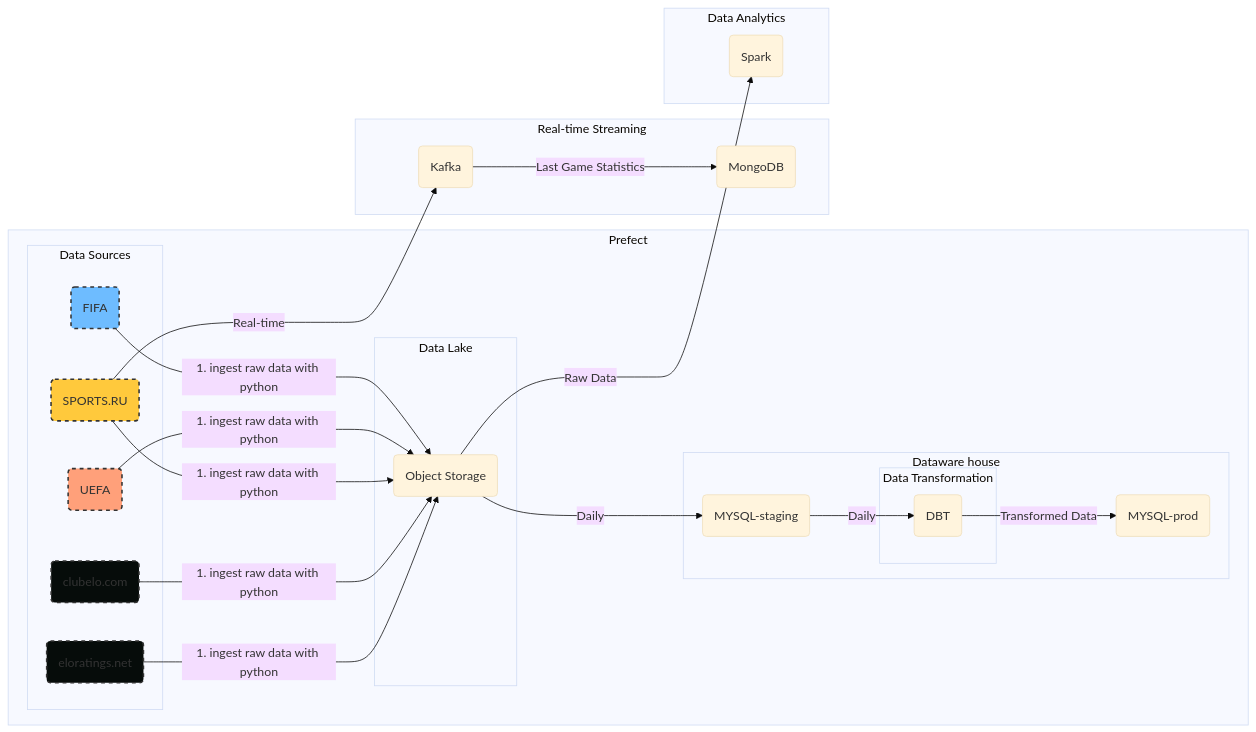
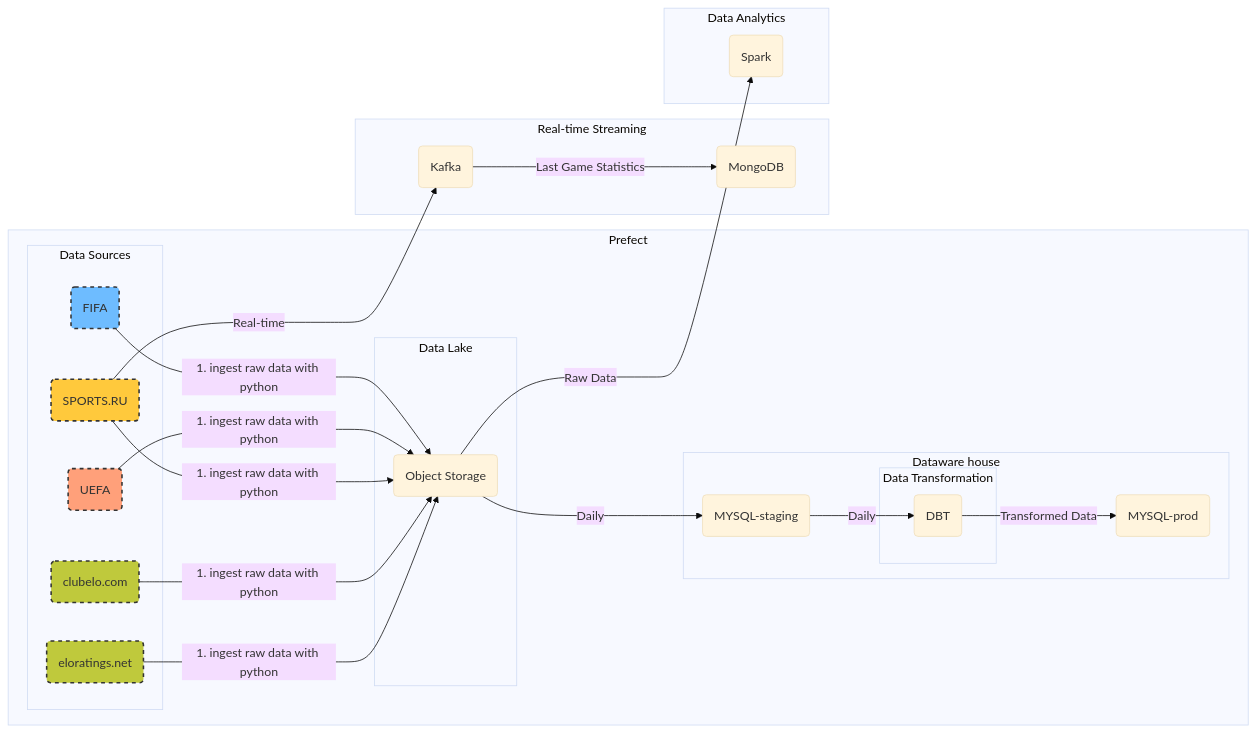
The first of 2 diagrams in README.md (DonaldWipper/Football-Tournaments-Data-Archive), drawn with Mermaid (base theme) before and after one commit.

````diff
--- a/README.md
+++ b/README.md
@@ -50,56 +50,56 @@
 ```mermaid
 flowchart LR
 
 style A fill:#6ebcff,stroke:#333,stroke-width:2px,stroke-dasharray: 5, 5;
 style B fill:#ffa07a,stroke:#333,stroke-width:2px,stroke-dasharray: 5, 5;
 style C fill:#ffc93c,stroke:#333,stroke-width:2px,stroke-dasharray: 5, 5;
-style S fill:#060c0a,stroke:#333,stroke-width:2px,stroke-dasharray: 5, 5;
-style Y fill:#060c0a,stroke:#333,stroke-width:2px,stroke-dasharray: 5, 5;
+style S fill:#bfc93c,stroke:#333,stroke-width:2px,stroke-dasharray: 5, 5;
+style Y fill:#bfc93c,stroke:#333,stroke-width:2px,stroke-dasharray: 5, 5;
 
 subgraph "Prefect"
 subgraph "Data Sources"
 A(FIFA)
 B(UEFA)
 C(SPORTS.RU)
 S(clubelo.com)
 Y(eloratings.net)
 end
 
 
 
     subgraph "Data Lake"
         E(Object Storage)
         
     end
 
     subgraph "Dataware house"
         F(MYSQL-staging)
         subgraph "Data Transformation"
         G(DBT)
         end
         L(MYSQL-prod)
     end
 end
 
 
 subgraph "Real-time Streaming"
 H(Kafka)
 I(MongoDB)
 end
 
 subgraph "Data Analytics"
 J(Spark)
 end
 
 A -- 1. ingest raw data with python--> E 
 B -- 1. ingest raw data with python--> E
 C -- 1. ingest raw data with python--> E
 S -- 1. ingest raw data with python--> E
 Y -- 1. ingest raw data with python--> E
 E -- Daily --> F
 F -- Daily --> G
 G -- Transformed Data --> L
 C -- Real-time --> H
 H -- Last Game Statistics  --> I
 E -- Raw Data --> J
 ```
````
